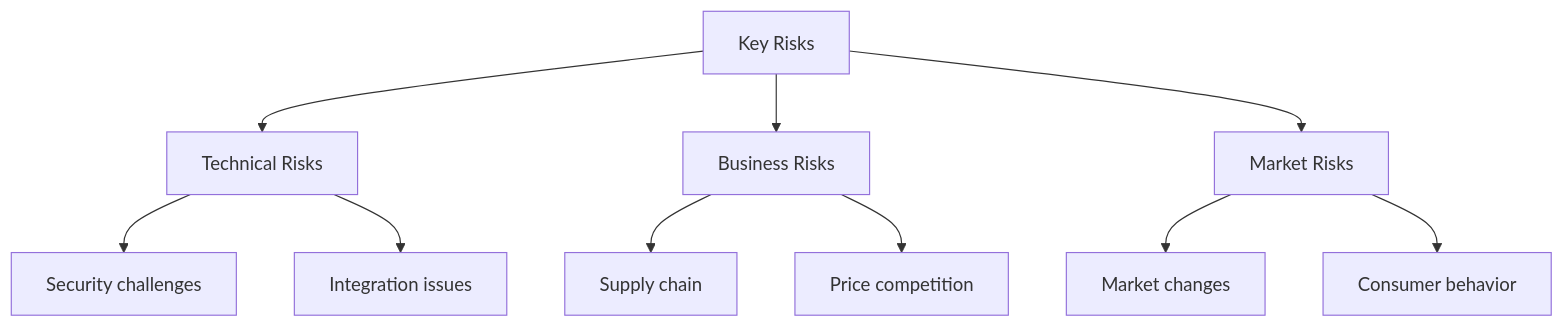
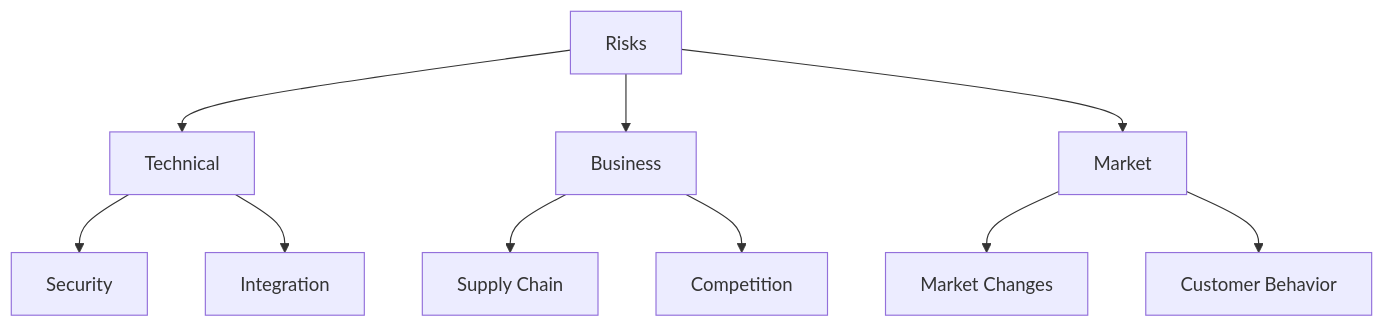
Before and after one commit to Arinhakeo/Portfolio-Project: the fifth of 9 diagrams in presentation.md, drawn with Mermaid. The commit also changed other lines of this file and 65 other files, not shown here.

````diff
--- a/presentation.md
+++ b/presentation.md
@@ -123,12 +99,12 @@
 ```mermaid
 graph TD
-    A[Key Risks] --> B[Technical Risks]
-    A --> C[Business Risks]
-    A --> D[Market Risks]
-    B --> B1[Security challenges]
-    B --> B2[Integration issues]
-    C --> C1[Supply chain]
-    C --> C2[Price competition]
-    D --> D1[Market changes]
-    D --> D2[Consumer behavior]
+    A[Risks] --> B[Technical]
+    A --> C[Business]
+    A --> D[Market]
+    B --> B1[Security]
+    B --> B2[Integration]
+    C --> C1[Supply Chain]
+    C --> C2[Competition]
+    D --> D1[Market Changes]
+    D --> D2[Customer Behavior]
 ```
````
